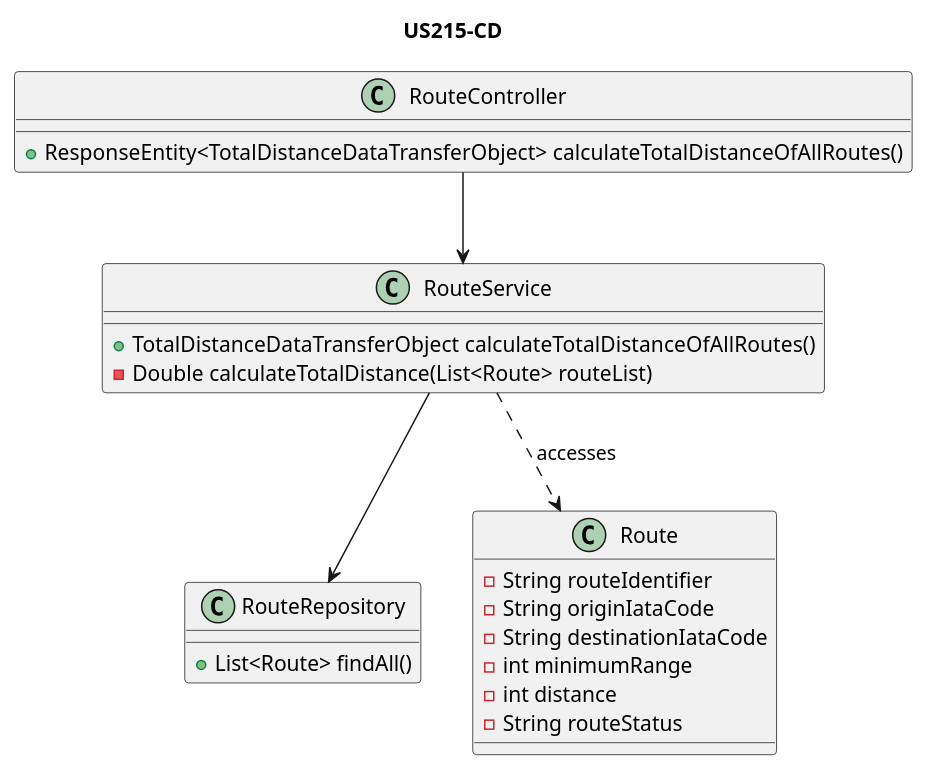
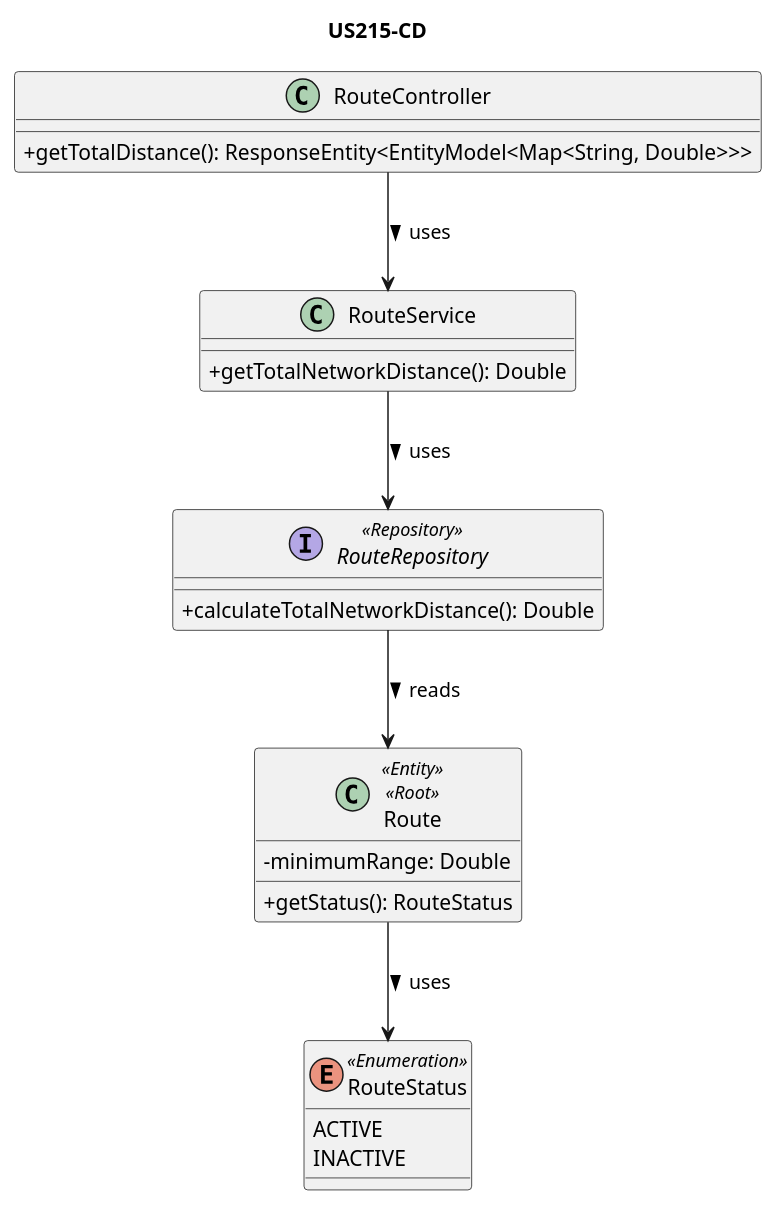
The diagram in docs/WP#3B - Enhanced Route Management/US215/US215-CD.puml (anamartasilvaa/PSOFT_AISafe_Flight), drawn with PlantUML before and after one commit. The commit also changed 18 other files, not shown here.

Commit message:
diagramas de WP#3B

```diff
--- a/docs/WP#3B - Enhanced Route Management/US215/US215-CD.puml
+++ b/docs/WP#3B - Enhanced Route Management/US215/US215-CD.puml
@@ -1,28 +1,31 @@
 @startuml
+skinparam classAttributeIconSize 0
 title US215-CD
+
 class RouteController {
-    + ResponseEntity<TotalDistanceDataTransferObject> calculateTotalDistanceOfAllRoutes()
+    + getTotalDistance(): ResponseEntity<EntityModel<Map<String, Double>>>
 }
 
 class RouteService {
-    + TotalDistanceDataTransferObject calculateTotalDistanceOfAllRoutes()
-    - Double calculateTotalDistance(List<Route> routeList)
+    + getTotalNetworkDistance(): Double
 }
 
-class RouteRepository {
-    + List<Route> findAll()
+interface RouteRepository <<Repository>> {
+    + calculateTotalNetworkDistance(): Double
 }
 
-class Route {
-    - String routeIdentifier
-    - String originIataCode
-    - String destinationIataCode
-    - int minimumRange
-    - int distance
-    - String routeStatus
+class Route <<Entity>> <<Root>> {
+    - minimumRange: Double
+    + getStatus(): RouteStatus
 }
 
-RouteController --> RouteService
-RouteService --> RouteRepository
-RouteService ..> Route : accesses
+enum RouteStatus <<Enumeration>> {
+    ACTIVE
+    INACTIVE
+}
+
+RouteController --> RouteService : uses >
+RouteService --> RouteRepository : uses >
+RouteRepository --> Route : reads >
+Route --> RouteStatus : uses >
 @enduml
```
